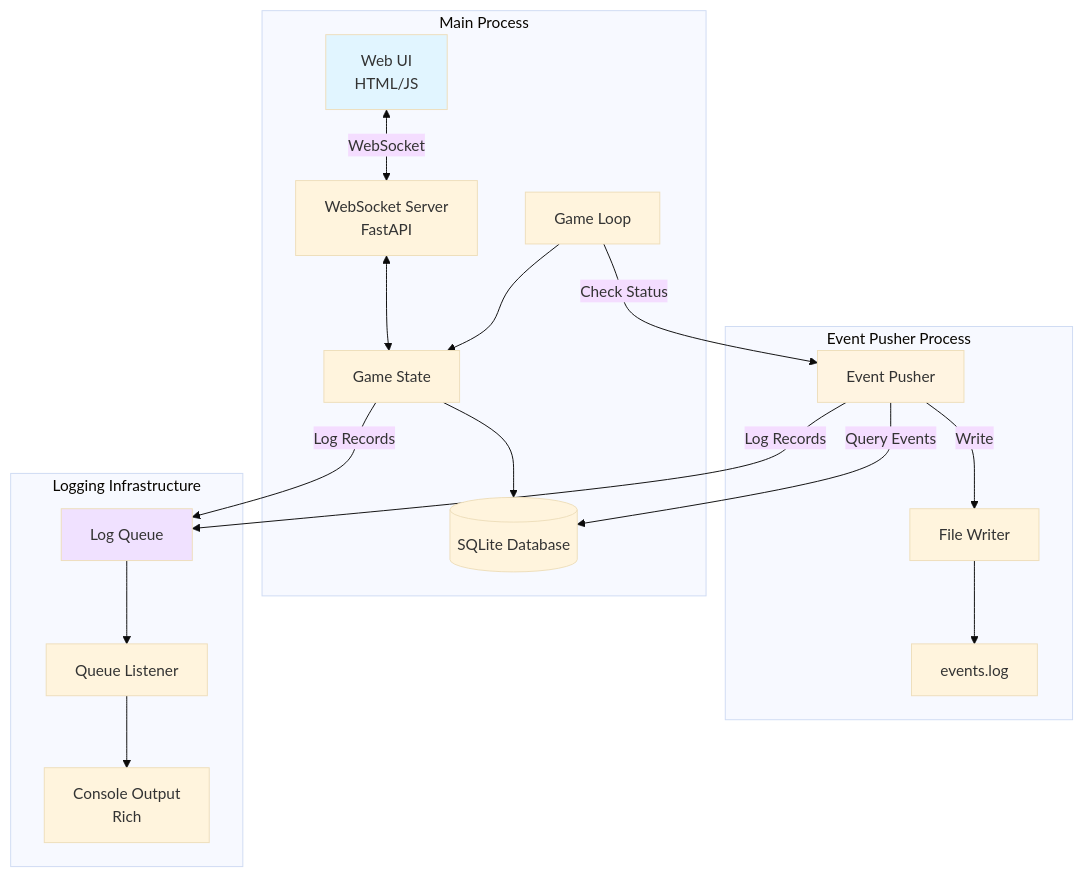
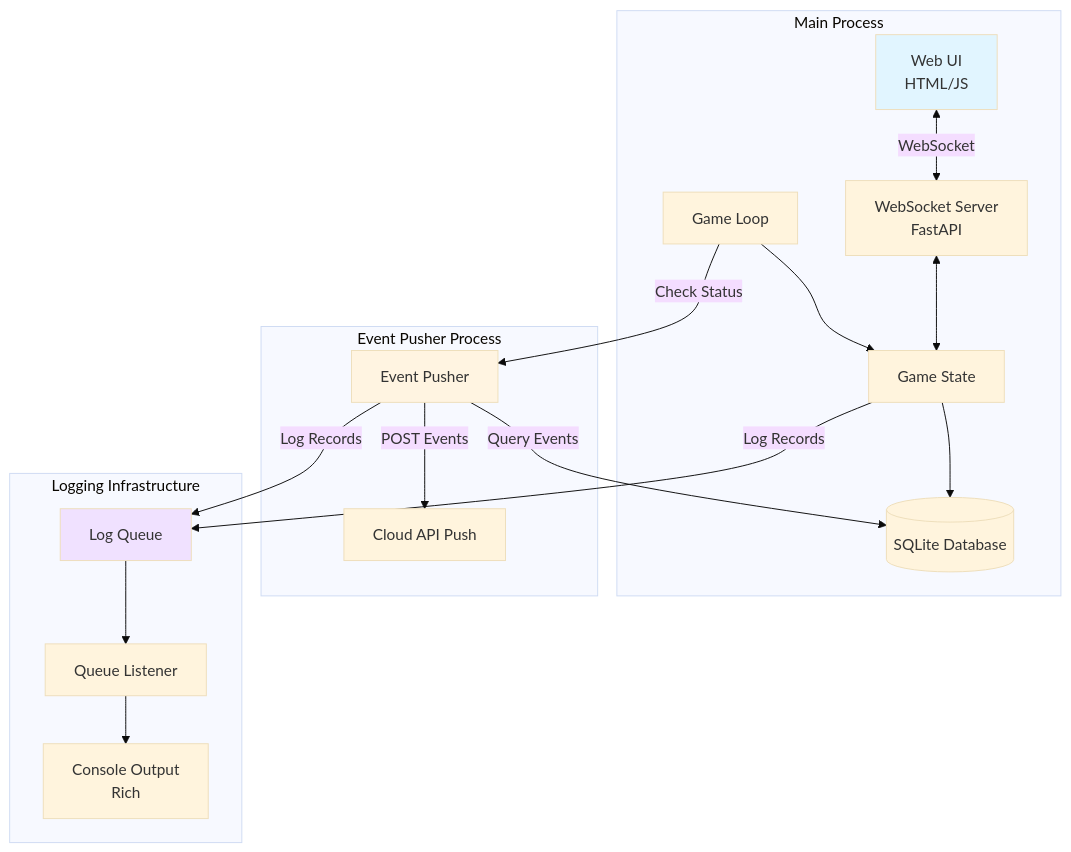
One commit to ccaron/score changed the first of 11 diagrams in ARCHITECTURE.md. Above: the diagram before and after it, drawn with Mermaid (base theme). The commit also changed 14 other files, not shown here.

````diff
--- a/ARCHITECTURE.md
+++ b/ARCHITECTURE.md
@@ -9,41 +9,39 @@
 ```mermaid
 graph TB
     subgraph "Main Process"
         UI[Web UI<br/>HTML/JS]
         WS[WebSocket Server<br/>FastAPI]
         State[Game State]
         DB[(SQLite Database)]
         GameLoop[Game Loop]
     end
 
     subgraph "Event Pusher Process"
         Pusher[Event Pusher]
-        FileWriter[File Writer]
-        Output[events.log]
+        CloudPush[Cloud API Push]
     end
 
     subgraph "Logging Infrastructure"
         LogQueue[Log Queue]
         LogListener[Queue Listener]
         Console[Console Output<br/>Rich]
     end
 
     UI <-->|WebSocket| WS
     WS <--> State
     State --> DB
     GameLoop --> State
     GameLoop -->|Check Status| Pusher
 
     Pusher -->|Query Events| DB
-    Pusher -->|Write| FileWriter
-    FileWriter --> Output
+    Pusher -->|POST Events| CloudPush
 
     Pusher -->|Log Records| LogQueue
     State -->|Log Records| LogQueue
     LogQueue --> LogListener
     LogListener --> Console
 
     style UI fill:#e1f5ff
     style Pusher fill:#fff4e1
     style LogQueue fill:#f0e1ff
 ```
````
